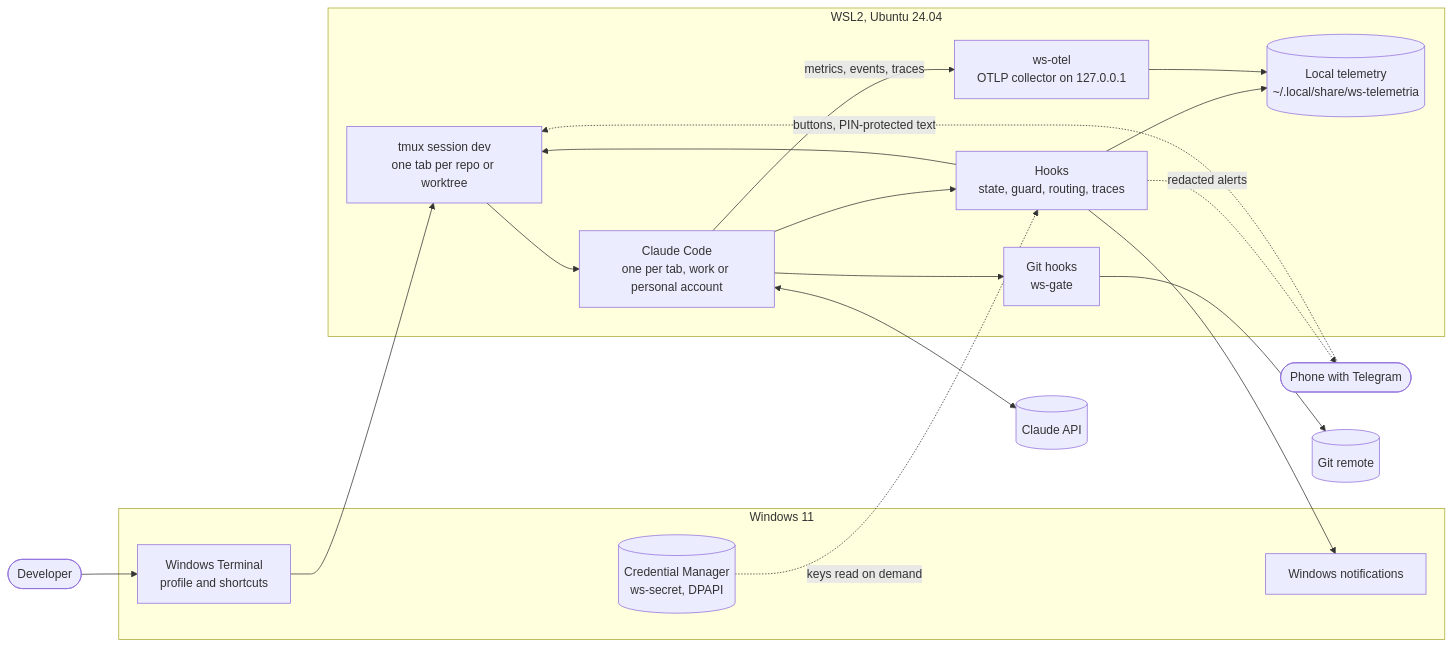
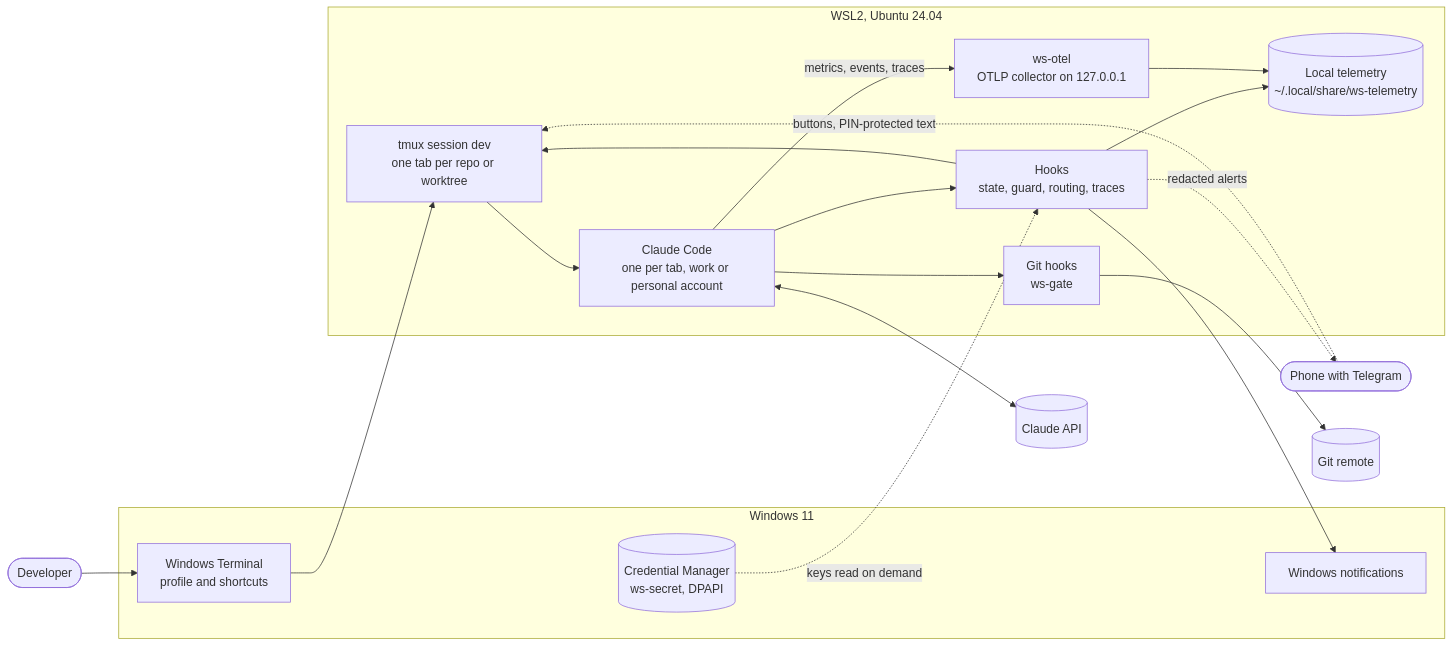
Before and after one commit to andreshma/claude-workstation: the diagram in README.md, drawn with Mermaid. The commit also changed other lines of this file and 226 other files, not shown here.

````diff
--- a/README.md
+++ b/README.md
@@ -86,32 +88,32 @@
 ```mermaid
 flowchart LR
   user(["Developer"])
   phone(["Phone with Telegram"])
   subgraph windows["Windows 11"]
     wt["Windows Terminal<br/>profile and shortcuts"]
     cred[("Credential Manager<br/>ws-secret, DPAPI")]
     toast["Windows notifications"]
   end
   subgraph wsl["WSL2, Ubuntu 24.04"]
     tmux["tmux session dev<br/>one tab per repo or worktree"]
     claude["Claude Code<br/>one per tab, work or personal account"]
     hooks["Hooks<br/>state, guard, routing, traces"]
     gate["Git hooks<br/>ws-gate"]
     otel["ws-otel<br/>OTLP collector on 127.0.0.1"]
-    telem[("Local telemetry<br/>~/.local/share/ws-telemetria")]
+    telem[("Local telemetry<br/>~/.local/share/ws-telemetry")]
   end
   api[("Claude API")]
   remote[("Git remote")]
 
   user --> wt --> tmux --> claude
   claude --> hooks
   hooks --> tmux
   hooks --> telem
   hooks --> toast
   claude -- "metrics, events, traces" --> otel --> telem
   claude <--> api
   claude --> gate --> remote
   hooks -. "redacted alerts" .-> phone
   phone -. "buttons, PIN-protected text" .-> tmux
   cred -. "keys read on demand" .-> hooks
 ```
````
